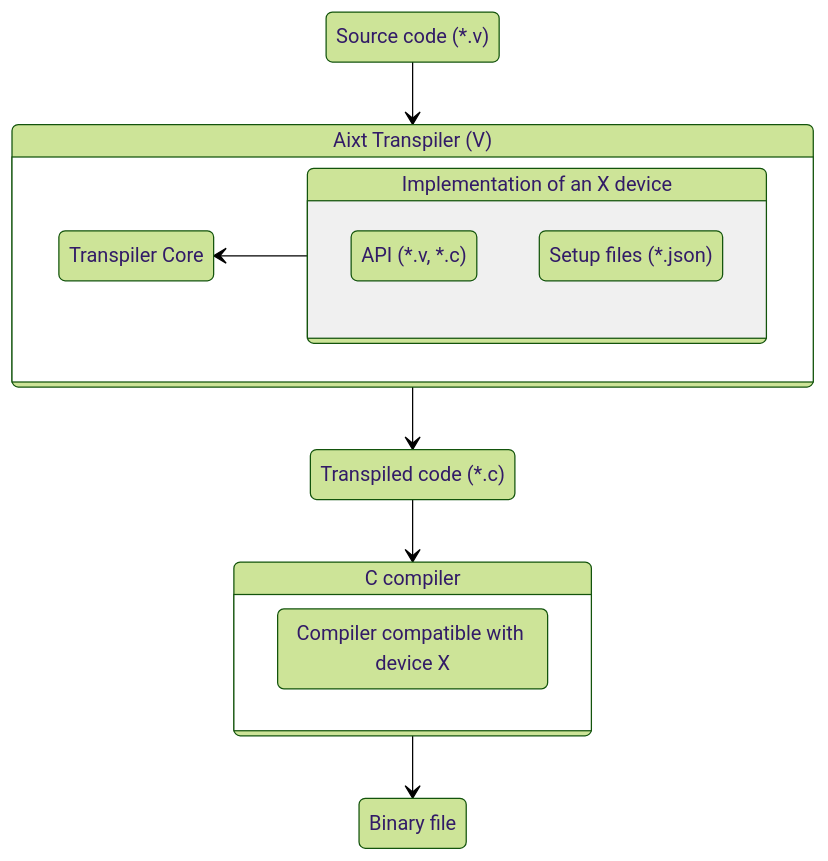
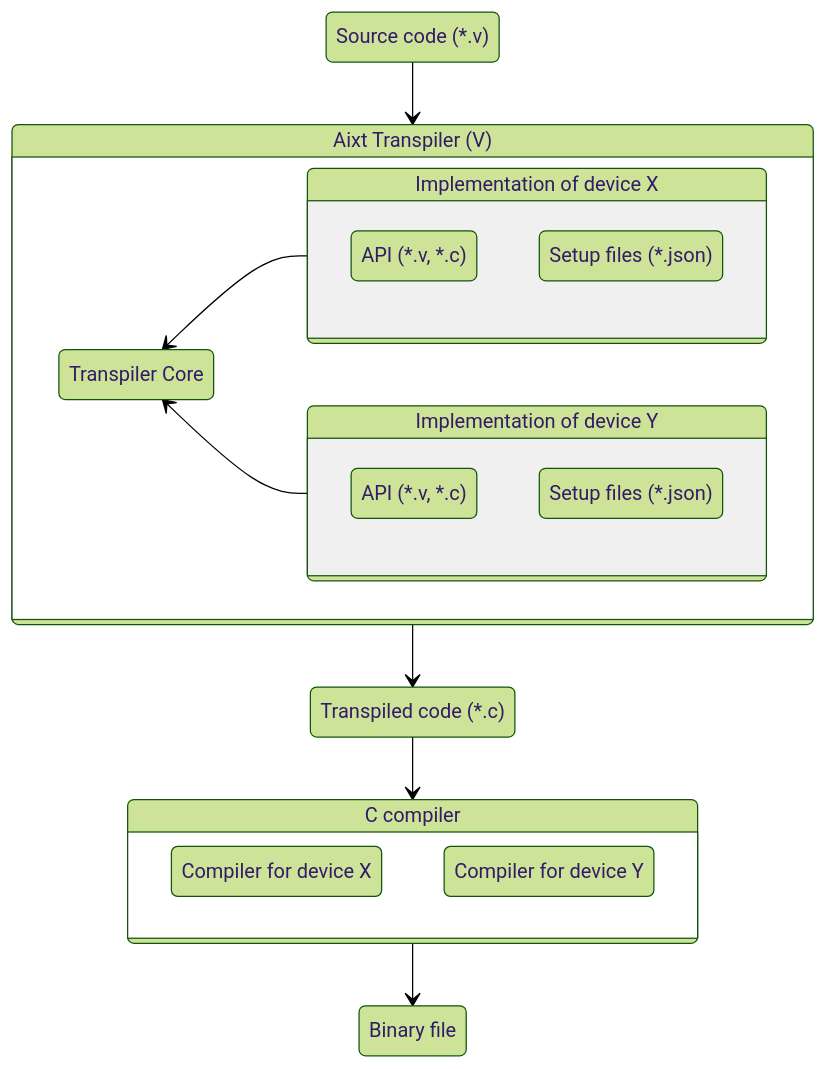
One commit to fermarsan/aixt changed the diagram in README.md. Above: the diagram before and after it, drawn with Mermaid (forest theme).

Commit message:
Diagram updated

````diff
--- a/README.md
+++ b/README.md
@@ -14,34 +14,41 @@
 ```mermaid
 stateDiagram-v2
     source: Source code (*.v)
 
     Aixt2C: Aixt Transpiler (V)
     state Aixt2C {
         direction RL
         Transpiler: Transpiler Core    
         
-        Implementation: Implementation of an X device
+        Implementation: Implementation of device X
         state Implementation {
             API: API (*.v, *.c)
             SF: Setup files (*.json)
         }
+        Implementation2: Implementation of device Y
+        state Implementation2 {
+            API2: API (*.v, *.c)
+            SF2: Setup files (*.json)
+        }
         
         Implementation --> Transpiler
+        Implementation2 --> Transpiler
     }
 
 
     Tr_Code: Transpiled code (*.c)
 
     Compiler: C compiler
     state Compiler {
-        compiler: Compiler compatible with device X
+        compiler1: Compiler for device X
+        compiler2: Compiler for device Y
     }
 
     BF: Binary file
 
     source --> Aixt2C
     
     Aixt2C --> Tr_Code
     Tr_Code --> Compiler
     Compiler --> BF
 ```
````
